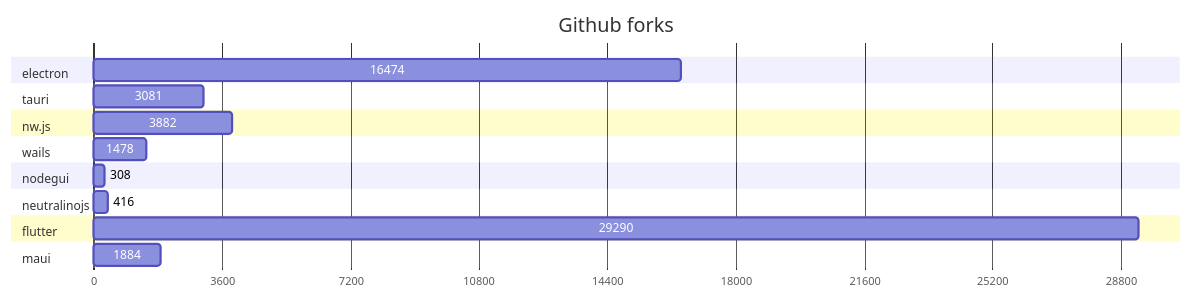
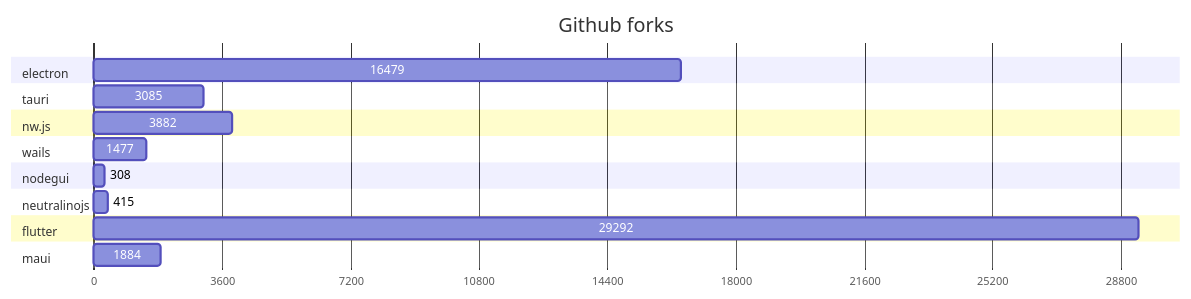
One commit to Elanis/web-to-desktop-framework-comparison changed the second of 2 diagrams in GRAPHS.md. Above: the diagram before and after it, drawn with Mermaid. The commit also changed other lines of this file and 1 other file, not shown here.

````diff
--- a/GRAPHS.md
+++ b/GRAPHS.md
@@ -47,40 +47,40 @@
 ```mermaid
 gantt
     title Github forks
     dateFormat  X
     axisFormat %s
 
 
 	section electron
-	16474 : 0, 16474
+	16479 : 0, 16479
 
 	
 	section tauri
-	3081 : 0, 3081
+	3085 : 0, 3085
 
 	
 	section nw.js
 	3882 : 0, 3882
 
 	
 	section wails
-	1478 : 0, 1478
+	1477 : 0, 1477
 
 	
 	section nodegui
 	308 : 0, 308
 
 	
 	section neutralinojs
-	416 : 0, 416
+	415 : 0, 415
 
 	
 	section flutter
-	29290 : 0, 29290
+	29292 : 0, 29292
 
 	
 	section maui
 	1884 : 0, 1884
 
 	
 ```
````
